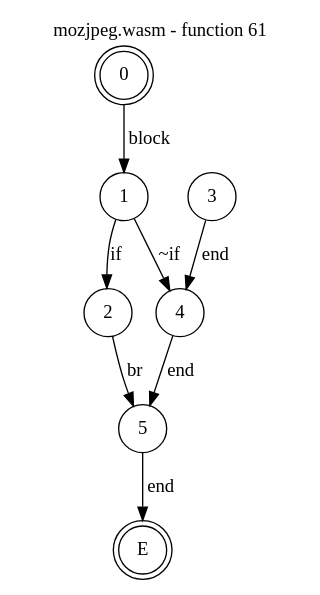
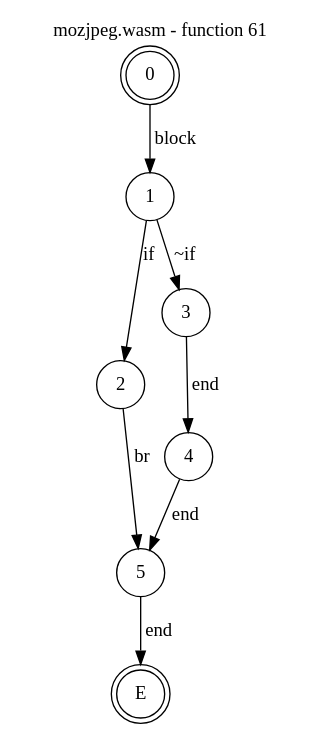
Before and after one commit to jsCarleton/wanalyze: the diagram in test_cases/mozjpeg/funcs/mozjpeg-func61.dot, drawn with Graphviz. The commit also changed 581 other files, not shown here.

```diff
--- a/test_cases/mozjpeg/funcs/mozjpeg-func61.dot
+++ b/test_cases/mozjpeg/funcs/mozjpeg-func61.dot
@@ -1,16 +1,16 @@
 digraph finite_state_machine {
     label = "mozjpeg.wasm - function 61"
     labelloc =  t
     labelfontsize = 16
     labelfontcolor = black
     labelfontname = "Helvetica"
     node [shape = doublecircle]; 0 E ;
     node [shape = circle];
     0 -> 1[label="block"];
     1 -> 2[label="if"];
-    1 -> 4[label="~if"];
+    1 -> 3[label="~if"];
     2 -> 5[label="br"];
     3 -> 4[label="end"];
     4 -> 5[label="end"];
     5 -> E[label="end"];
 }
```
